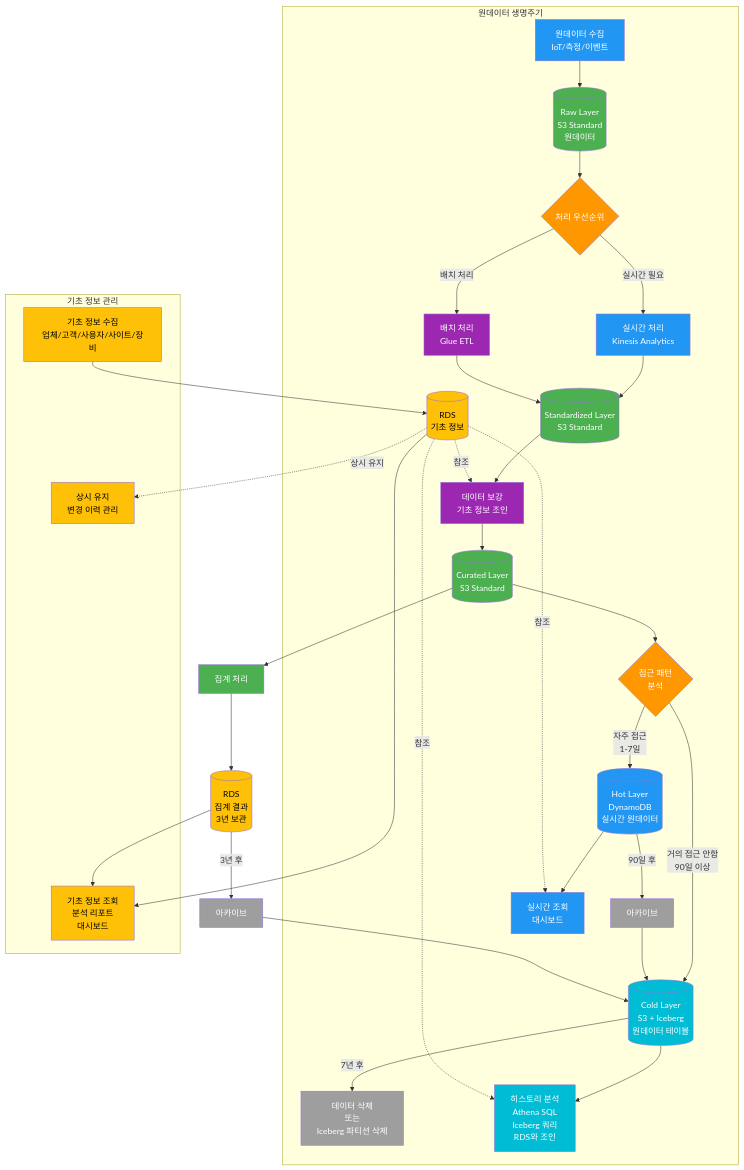
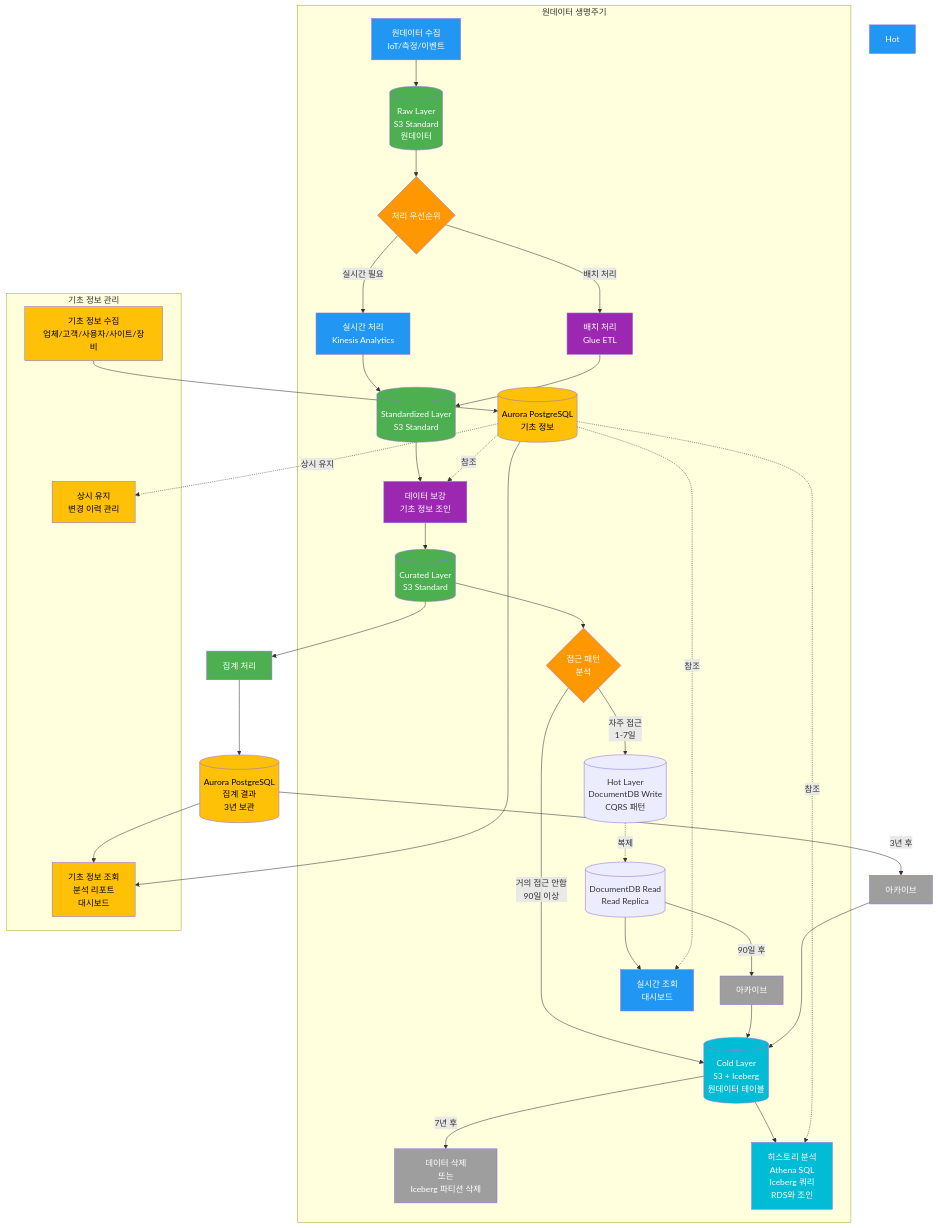
Diagram 12 of 13 in 10.planning/public/00.doc/PROCESS_FLOW.md (jeonsanghoon/mzc_2026), drawn with Mermaid before and after one commit. The commit also changed other lines of this file and 10 other files, not shown here.

````diff
--- a/10.planning/public/00.doc/PROCESS_FLOW.md
+++ b/10.planning/public/00.doc/PROCESS_FLOW.md
@@ -1281,70 +1950,71 @@
 ```mermaid
 flowchart TD
     subgraph 원데이터["원데이터 생명주기"]
         Ingest[원데이터 수집<br/>IoT/측정/이벤트] --> Raw[(Raw Layer<br/>S3 Standard<br/>원데이터)]
         
         Raw --> Process{처리 우선순위}
         
         Process -->|실시간 필요| HotProcess[실시간 처리<br/>Kinesis Analytics]
         Process -->|배치 처리| BatchProcess[배치 처리<br/>Glue ETL]
         
         HotProcess --> Standardized[(Standardized Layer<br/>S3 Standard)]
         BatchProcess --> Standardized
         
         Standardized --> Enrich[데이터 보강<br/>기초 정보 조인]
-        MasterDB[(RDS<br/>기초 정보)] -.->|참조| Enrich
+        MasterDB[(Aurora PostgreSQL<br/>기초 정보)] -.->|참조| Enrich
         
         Enrich --> Curated[(Curated Layer<br/>S3 Standard)]
         
         Curated --> Tier{접근 패턴<br/>분석}
         
-        Tier -->|자주 접근<br/>1-7일| Hot[(Hot Layer<br/>DynamoDB<br/>실시간 원데이터)]
+        Tier -->|자주 접근<br/>1-7일| HotWrite[(Hot Layer<br/>DocumentDB Write<br/>CQRS 패턴)]
+        HotWrite -.->|복제| HotRead[(DocumentDB Read<br/>Read Replica)]
         Tier -->|거의 접근 안함<br/>90일 이상| Cold[(Cold Layer<br/>S3 + Iceberg<br/>원데이터 테이블)]
         
-        Hot -->|90일 후| Archive1[아카이브]
+        HotRead -->|90일 후| Archive1[아카이브]
         Archive1 --> Cold
         
         Cold -->|7년 후| Delete[데이터 삭제<br/>또는<br/>Iceberg 파티션 삭제]
         
-        Hot --> Query1[실시간 조회<br/>대시보드]
+        HotRead --> Query1[실시간 조회<br/>대시보드]
         Cold --> Query3[히스토리 분석<br/>Athena SQL<br/>Iceberg 쿼리<br/>RDS와 조인]
     end
     
     subgraph 기초정보["기초 정보 관리"]
         MasterIngest[기초 정보 수집<br/>업체/고객/사용자/사이트/장비] --> MasterDB
         MasterDB --> Query2[기초 정보 조회<br/>분석 리포트<br/>대시보드]
         MasterDB -.->|상시 유지| Keep[상시 유지<br/>변경 이력 관리]
     end
     
     MasterDB -.->|참조| Query1
     MasterDB -.->|참조| Query3
     
-    Aggregate[집계 처리] --> WarmAggregate[(RDS<br/>집계 결과<br/>3년 보관)]
+        Aggregate[집계 처리] --> WarmAggregate[(Aurora PostgreSQL<br/>집계 결과<br/>3년 보관)]
     Curated --> Aggregate
     WarmAggregate --> Query2
     WarmAggregate -->|3년 후| Archive2[아카이브]
     Archive2 --> Cold
     
     style Ingest fill:#2196F3,color:#fff
     style Raw fill:#4CAF50,color:#fff
     style Process fill:#FF9800,color:#fff
     style HotProcess fill:#2196F3,color:#fff
     style BatchProcess fill:#9C27B0,color:#fff
     style Standardized fill:#4CAF50,color:#fff
     style Enrich fill:#9C27B0,color:#fff
     style MasterDB fill:#FFC107,color:#000
     style Curated fill:#4CAF50,color:#fff
     style Tier fill:#FF9800,color:#fff
     style Hot fill:#2196F3,color:#fff
     style Cold fill:#00BCD4,color:#fff
     style Archive1 fill:#9E9E9E,color:#fff
     style Archive2 fill:#9E9E9E,color:#fff
     style Delete fill:#9E9E9E,color:#fff
     style Query1 fill:#2196F3,color:#fff
     style Query2 fill:#FFC107,color:#000
     style Query3 fill:#00BCD4,color:#fff
     style MasterIngest fill:#FFC107,color:#000
     style Keep fill:#FFC107,color:#000
     style Aggregate fill:#4CAF50,color:#fff
     style WarmAggregate fill:#FFC107,color:#000
 ```
````
